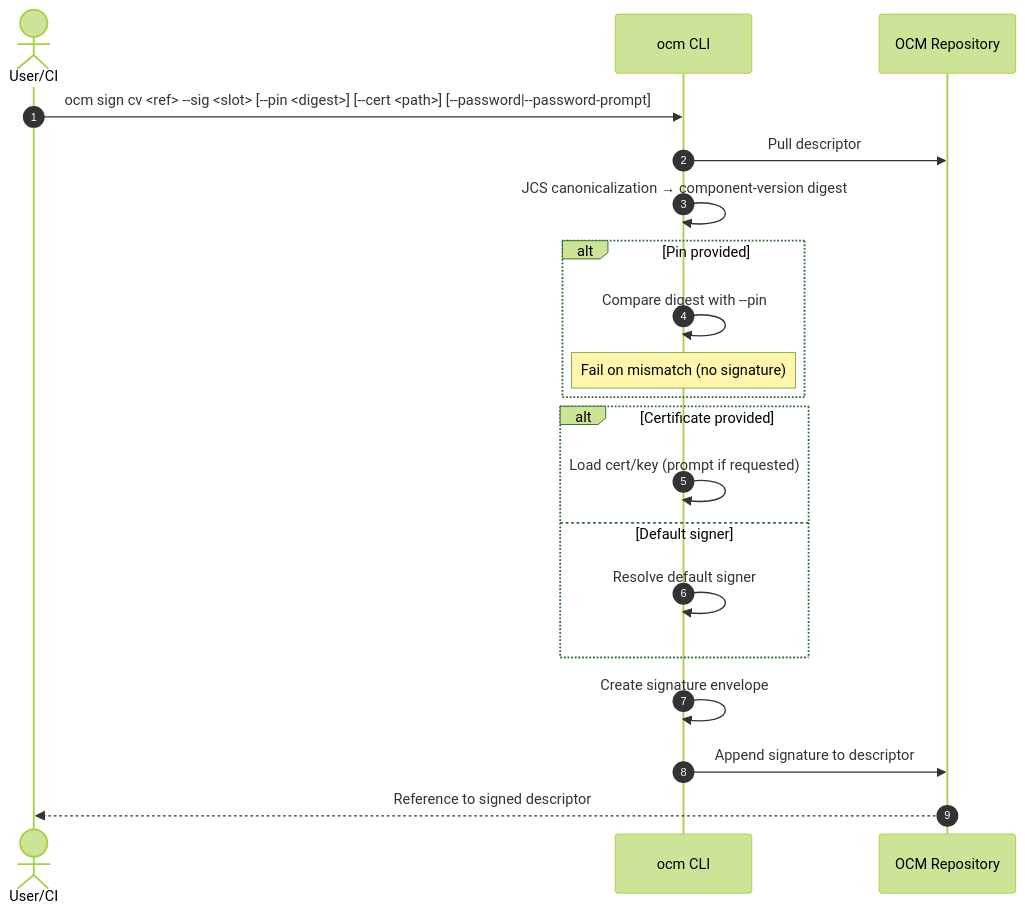
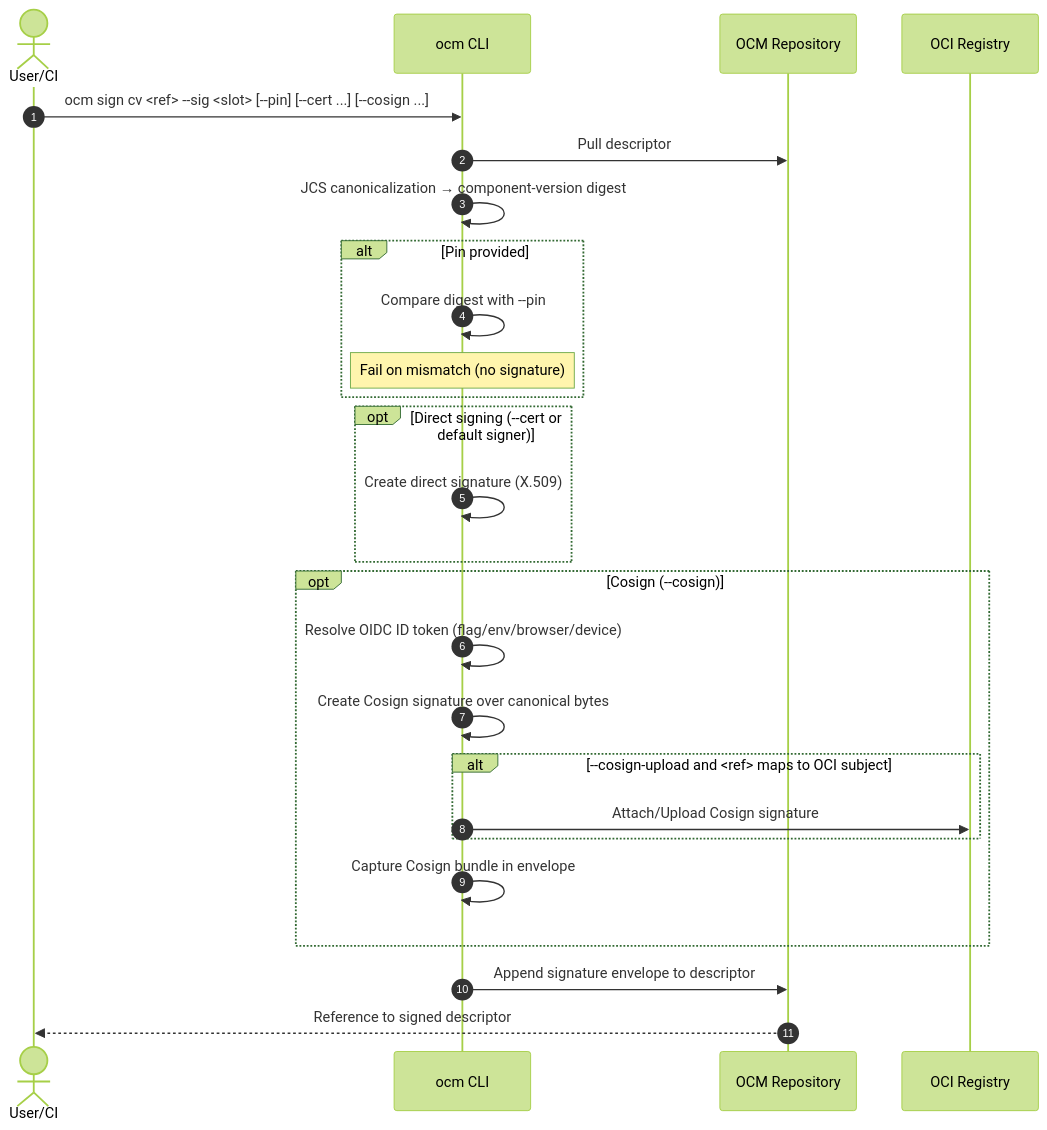
Before and after one commit to open-component-model/open-component-model: the second of 2 diagrams in docs/adr/0008_signing_verification.md, drawn with Mermaid (forest theme). The commit also changed other lines of this file, not shown here.

First line of the commit message:
feat: add cosign concept

````diff
--- a/docs/adr/0008_signing_verification.md
+++ b/docs/adr/0008_signing_verification.md
@@ -152,23 +233,29 @@
 ```mermaid
 sequenceDiagram
   autonumber
   actor U as User/CI
   participant C as ocm CLI
   participant R as OCM Repository
+  participant O as OCI Registry
 
-  U->>C: ocm sign cv <ref> --sig <slot> [--pin <digest>] [--cert <path>] [--password|--password-prompt]
+  U->>C: ocm sign cv <ref> --sig <slot> [--pin] [--cert ...] [--cosign ...]
   C->>R: Pull descriptor
   C->>C: JCS canonicalization → component-version digest
   alt Pin provided
     C->>C: Compare digest with --pin
     note over C: Fail on mismatch (no signature)
   end
-  alt Certificate provided
-    C->>C: Load cert/key (prompt if requested)
-  else Default signer
-    C->>C: Resolve default signer
+  opt Direct signing (--cert or default signer)
+    C->>C: Create direct signature (X.509)
   end
-  C->>C: Create signature envelope
-  C->>R: Append signature to descriptor
+  opt Cosign (--cosign)
+    C->>C: Resolve OIDC ID token (flag/env/browser/device)
+    C->>C: Create Cosign signature over canonical bytes
+    alt --cosign-upload and <ref> maps to OCI subject
+      C->>O: Attach/Upload Cosign signature
+    end
+    C->>C: Capture Cosign bundle in envelope
+  end
+  C->>R: Append signature envelope to descriptor
   R-->>U: Reference to signed descriptor
 ```
````
